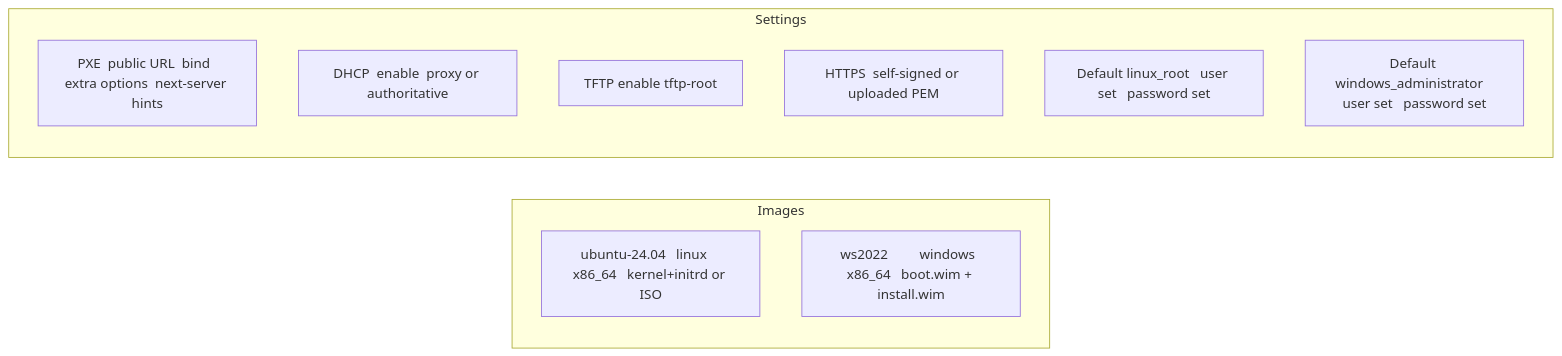
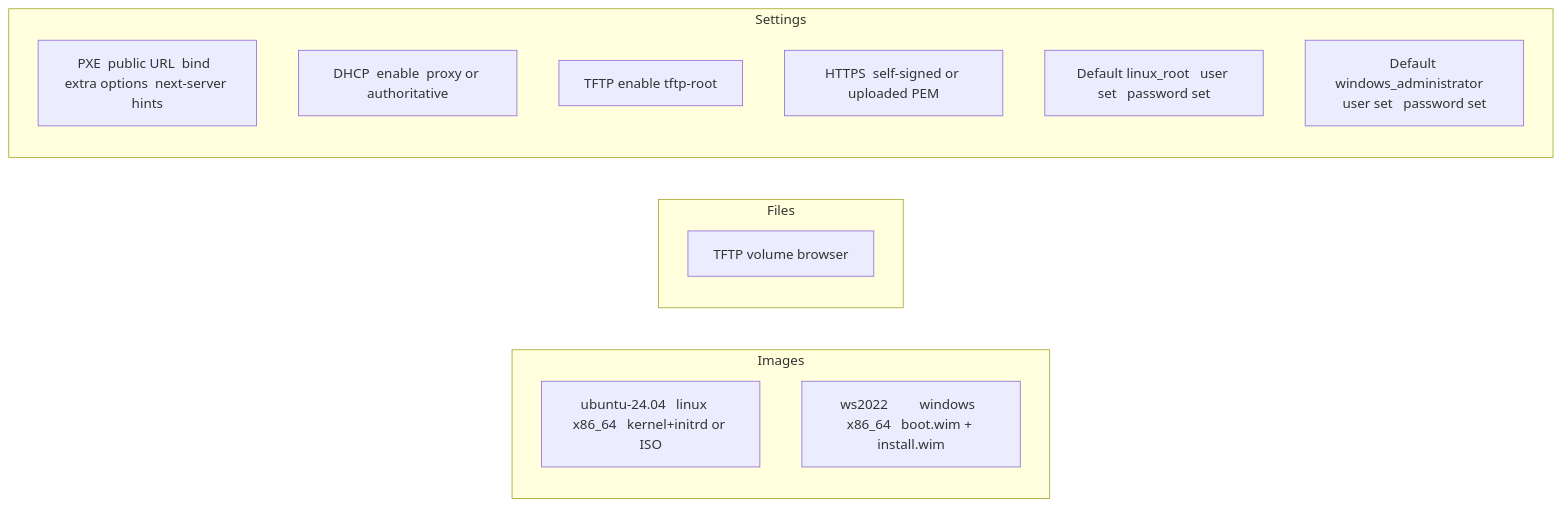
One commit to hometinker12/home-lab-pxe changed diagram 14 of 24 in ARCHITECTURE.md. Above: the diagram before and after it, drawn with Mermaid. The commit also changed other lines of this file and 26 other files, not shown here.

````diff
--- a/ARCHITECTURE.md
+++ b/ARCHITECTURE.md
@@ -313,15 +315,18 @@
 ```mermaid
 flowchart LR
   subgraph images["Images"]
     Limg["ubuntu-24.04   linux    x86_64   kernel+initrd or ISO"]
     Wimg["ws2022         windows  x86_64   boot.wim + install.wim"]
+  end
+  subgraph files["Files"]
+    Browser["TFTP volume browser"]
   end
   subgraph settings["Settings"]
     Pxe["PXE  public URL  bind  extra options  next-server hints"]
     Dhcp["DHCP  enable  proxy or authoritative"]
     Tftp["TFTP  enable  tftp-root"]
     Tls["HTTPS  self-signed or uploaded PEM"]
     DefL["Default linux_root   user set   password set"]
     DefW["Default windows_administrator   user set   password set"]
   end
 ```
````
